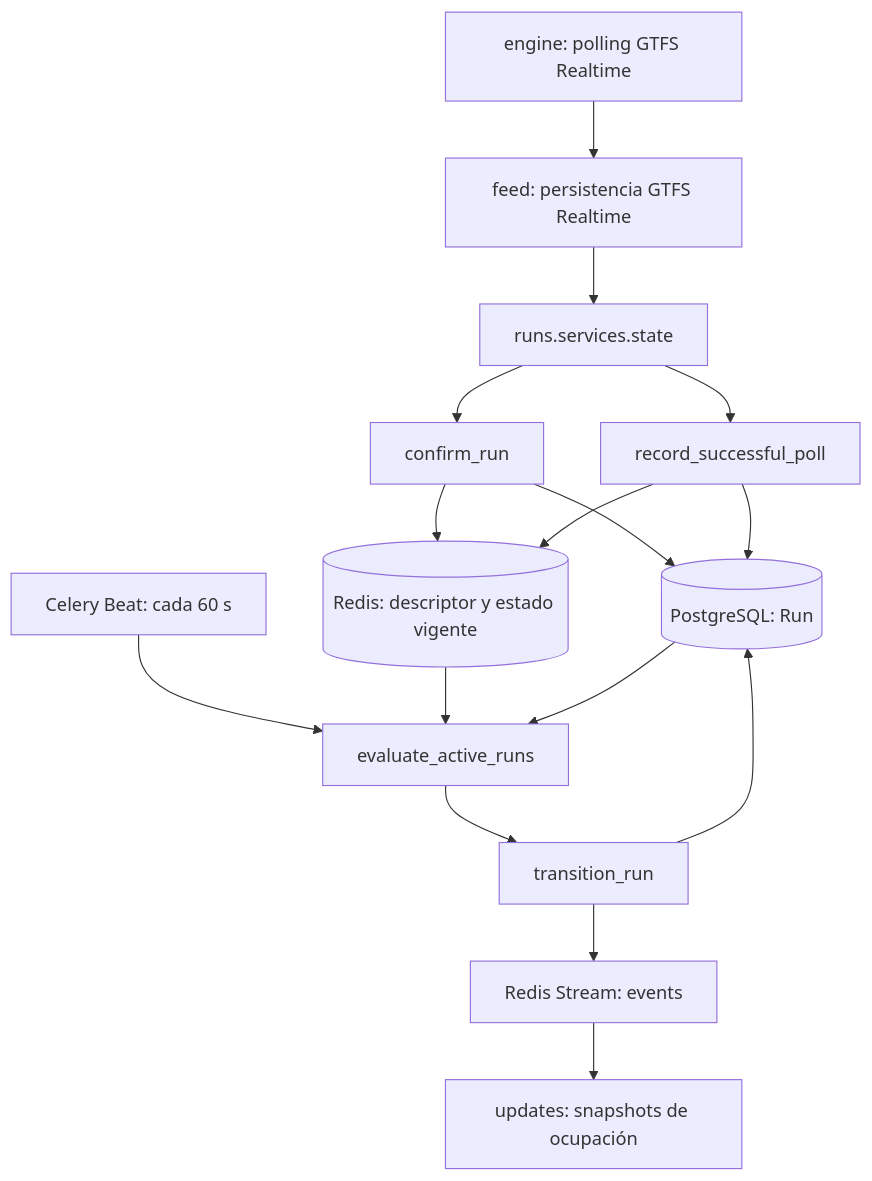
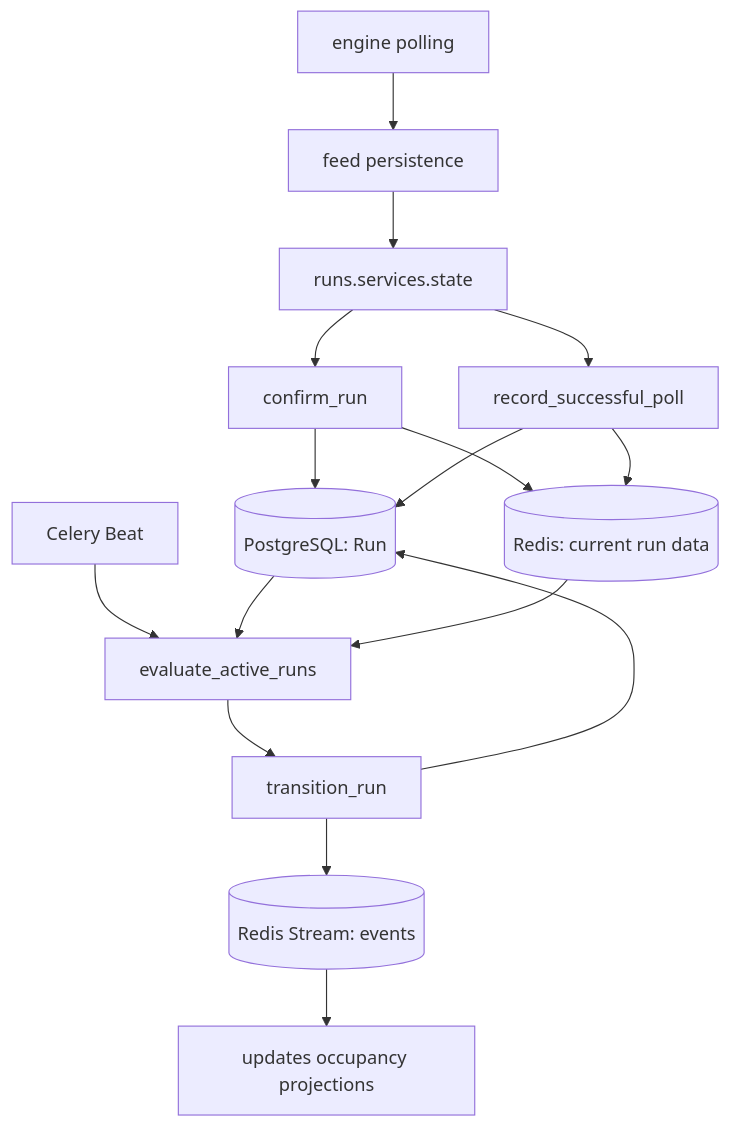
One commit to simovilab/infobus changed the first of 3 diagrams in backend/runs/README.md. Above: the diagram before and after it, drawn with Mermaid. The commit also changed other lines of this file, not shown here.

Commit message:
Update runs README

````diff
--- a/backend/runs/README.md
+++ b/backend/runs/README.md
@@ -17,18 +40,18 @@
 ```mermaid
 flowchart TD
-	E[engine: polling GTFS Realtime] --> F[feed: persistencia GTFS Realtime]
-	F --> S[runs.services.state]
-	S --> C[confirm_run]
-	C --> P[(PostgreSQL: Run)]
-	C --> R[(Redis: descriptor y estado vigente)]
-	S --> H[record_successful_poll]
-	H --> P
-	H --> R
-	B[Celery Beat: cada 60 s] --> L[evaluate_active_runs]
-	R --> L
-	P --> L
-	L --> T[transition_run]
-	T --> P
-	T --> X[Redis Stream: events]
-	X --> U[updates: snapshots de ocupación]
+	Engine[engine polling] --> Feed[feed persistence]
+	Feed --> State[runs.services.state]
+	State --> Confirm[confirm_run]
+	Confirm --> Database[(PostgreSQL: Run)]
+	Confirm --> Redis[(Redis: current run data)]
+	State --> Heartbeat[record_successful_poll]
+	Heartbeat --> Database
+	Heartbeat --> Redis
+	Beat[Celery Beat] --> Lifecycle[evaluate_active_runs]
+	Database --> Lifecycle
+	Redis --> Lifecycle
+	Lifecycle --> Transition[transition_run]
+	Transition --> Database
+	Transition --> Stream[(Redis Stream: events)]
+	Stream --> Updates[updates occupancy projections]
 ```
````
